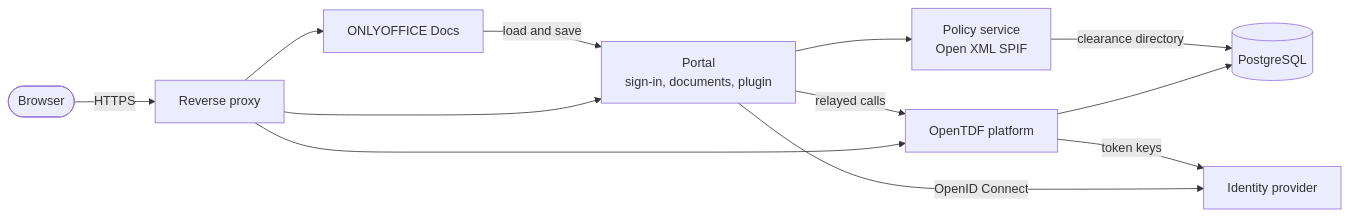
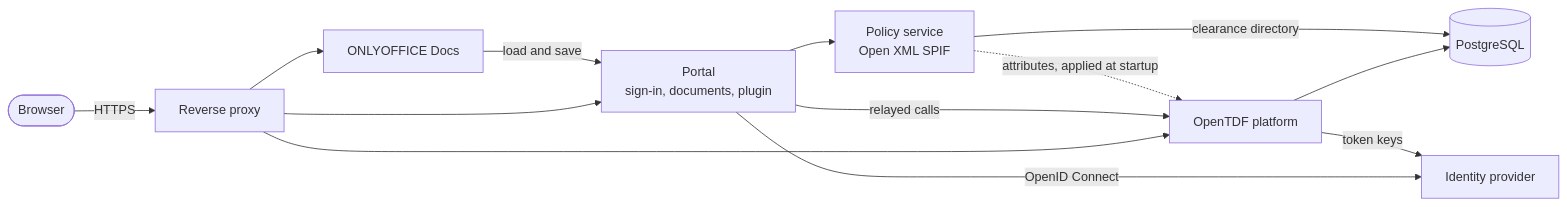
Before and after one commit to linagora/dcs-onlyoffice: the diagram in README.md, drawn with Mermaid. The commit also changed other lines of this file and 13 other files, not shown here.

````diff
--- a/README.md
+++ b/README.md
@@ -70,14 +71,15 @@
 ```mermaid
 flowchart LR
   user([Browser]) -->|HTTPS| proxy[Reverse proxy]
   proxy --> portal[Portal<br/>sign-in, documents, plugin]
   proxy --> docs[ONLYOFFICE Docs]
   proxy --> tdf[OpenTDF platform]
   portal --> policy[Policy service<br/>Open XML SPIF]
   portal -->|relayed calls| tdf
   docs -->|load and save| portal
   portal -->|OpenID Connect| idp[Identity provider]
   tdf -->|token keys| idp
   tdf --> db[(PostgreSQL)]
   policy -->|clearance directory| db
+  policy -.->|attributes, applied at startup| tdf
 ```
````
